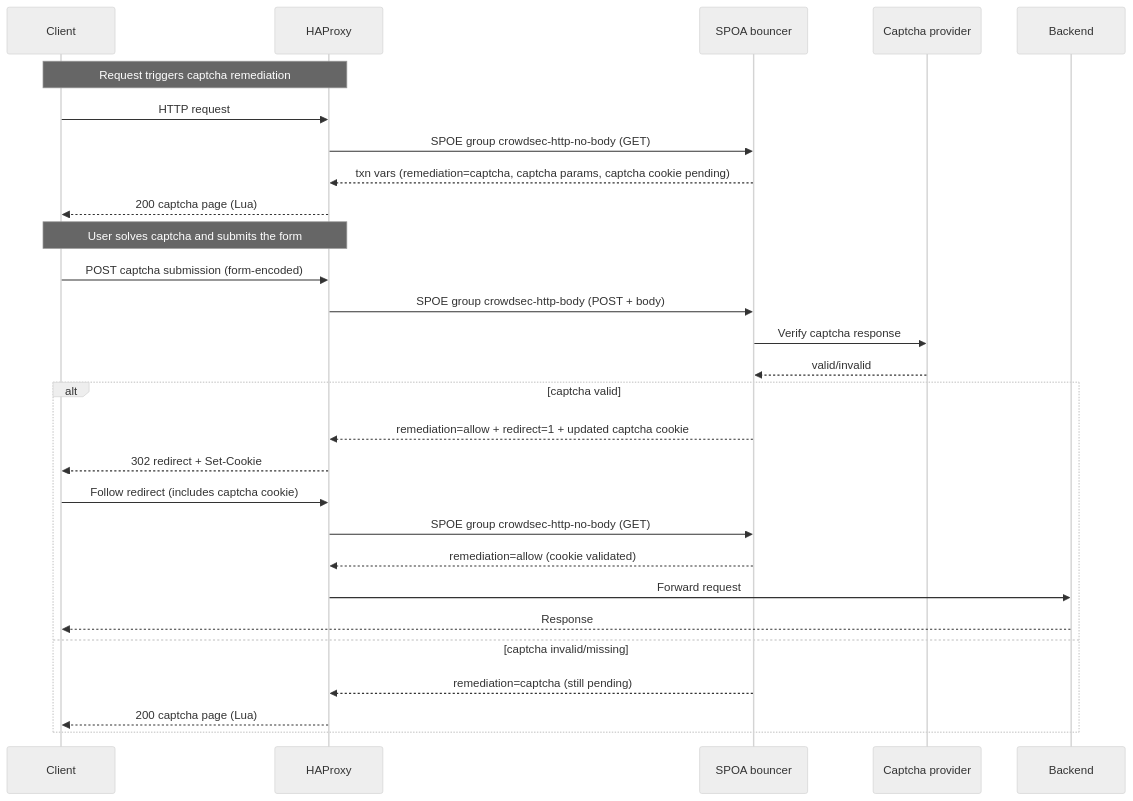
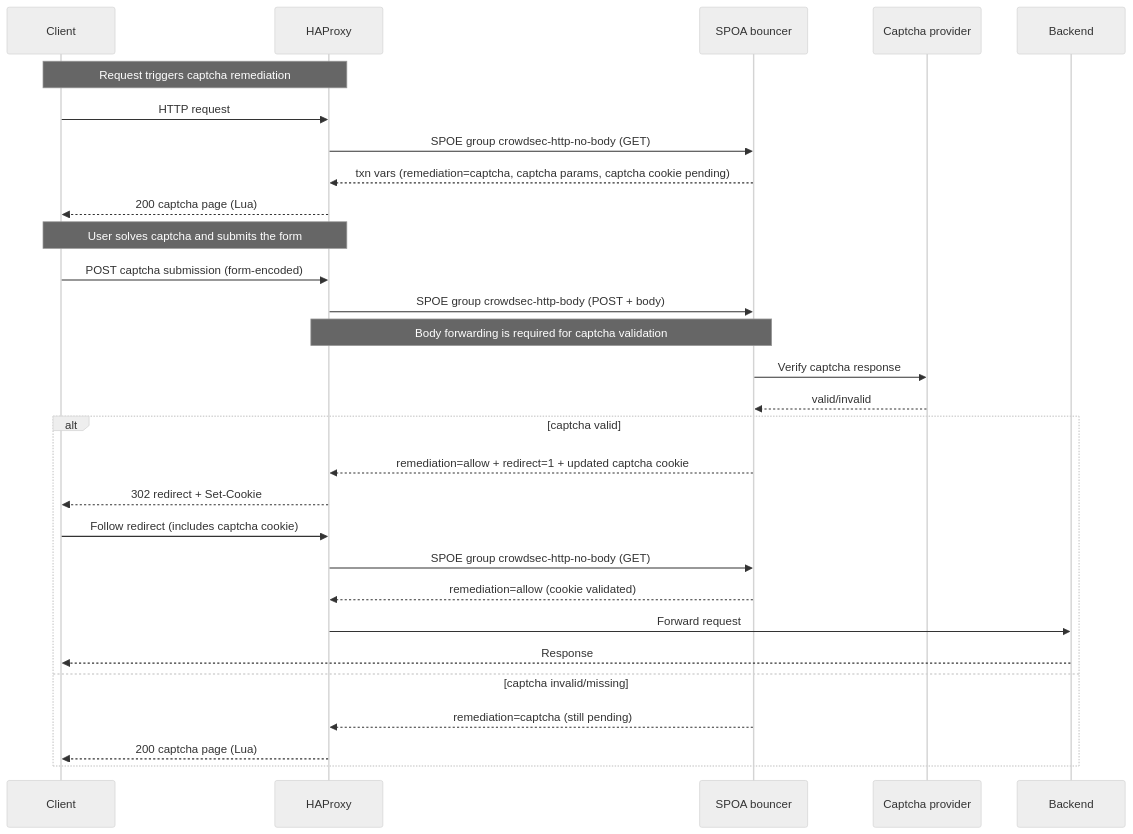
Before and after one commit to crowdsecurity/cs-haproxy-spoa-bouncer: the fifth of 7 diagrams in README.md, drawn with Mermaid (neutral theme). The commit also changed other lines of this file, not shown here.

Commit message:
docs: require http body for captcha validation

````diff
--- a/README.md
+++ b/README.md
@@ -135,33 +136,34 @@
 ```mermaid
 sequenceDiagram
     participant Client
     participant HAProxy
     participant SPOA as SPOA bouncer
     participant Provider as Captcha provider
     participant Backend
 
     Note over Client,HAProxy: Request triggers captcha remediation
     Client->>HAProxy: HTTP request
     HAProxy->>SPOA: SPOE group crowdsec-http-no-body (GET)
     SPOA-->>HAProxy: txn vars (remediation=captcha, captcha params, captcha cookie pending)
     HAProxy-->>Client: 200 captcha page (Lua)
 
     Note over Client,HAProxy: User solves captcha and submits the form
     Client->>HAProxy: POST captcha submission (form-encoded)
     HAProxy->>SPOA: SPOE group crowdsec-http-body (POST + body)
+    Note over HAProxy,SPOA: Body forwarding is required for captcha validation
     SPOA->>Provider: Verify captcha response
     Provider-->>SPOA: valid/invalid
 
     alt captcha valid
         SPOA-->>HAProxy: remediation=allow + redirect=1 + updated captcha cookie
         HAProxy-->>Client: 302 redirect + Set-Cookie
         Client->>HAProxy: Follow redirect (includes captcha cookie)
         HAProxy->>SPOA: SPOE group crowdsec-http-no-body (GET)
         SPOA-->>HAProxy: remediation=allow (cookie validated)
         HAProxy->>Backend: Forward request
         Backend-->>Client: Response
     else captcha invalid/missing
         SPOA-->>HAProxy: remediation=captcha (still pending)
         HAProxy-->>Client: 200 captcha page (Lua)
     end
 ```
````
